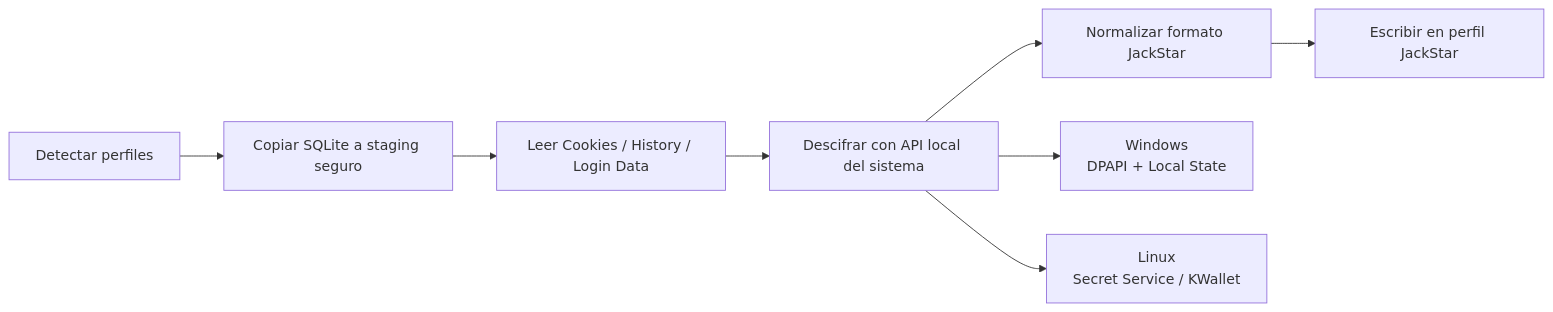
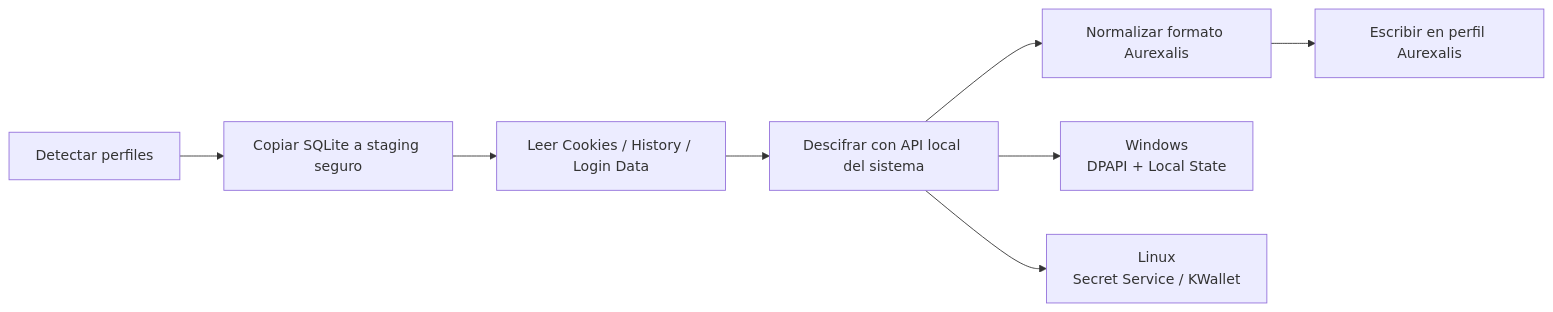
One commit to JackStar6677-1/Aurexalis changed the third of 4 diagrams in README.md. Above: the diagram before and after it, drawn with Mermaid. The commit also changed other lines of this file and 1 other file, not shown here.

Commit message:
docs: renombra proyecto a Aurexalis

````diff
--- a/README.md
+++ b/README.md
@@ -124,11 +128,11 @@
 ```mermaid
 flowchart LR
   Detect["Detectar perfiles"] --> Copy["Copiar SQLite a staging seguro"]
   Copy --> Read["Leer Cookies / History / Login Data"]
   Read --> Decrypt["Descifrar con API local del sistema"]
-  Decrypt --> Transform["Normalizar formato JackStar"]
-  Transform --> Write["Escribir en perfil JackStar"]
+  Decrypt --> Transform["Normalizar formato Aurexalis"]
+  Transform --> Write["Escribir en perfil Aurexalis"]
 
   Decrypt --> Win["Windows<br/>DPAPI + Local State"]
   Decrypt --> Linux["Linux<br/>Secret Service / KWallet"]
 ```
````
